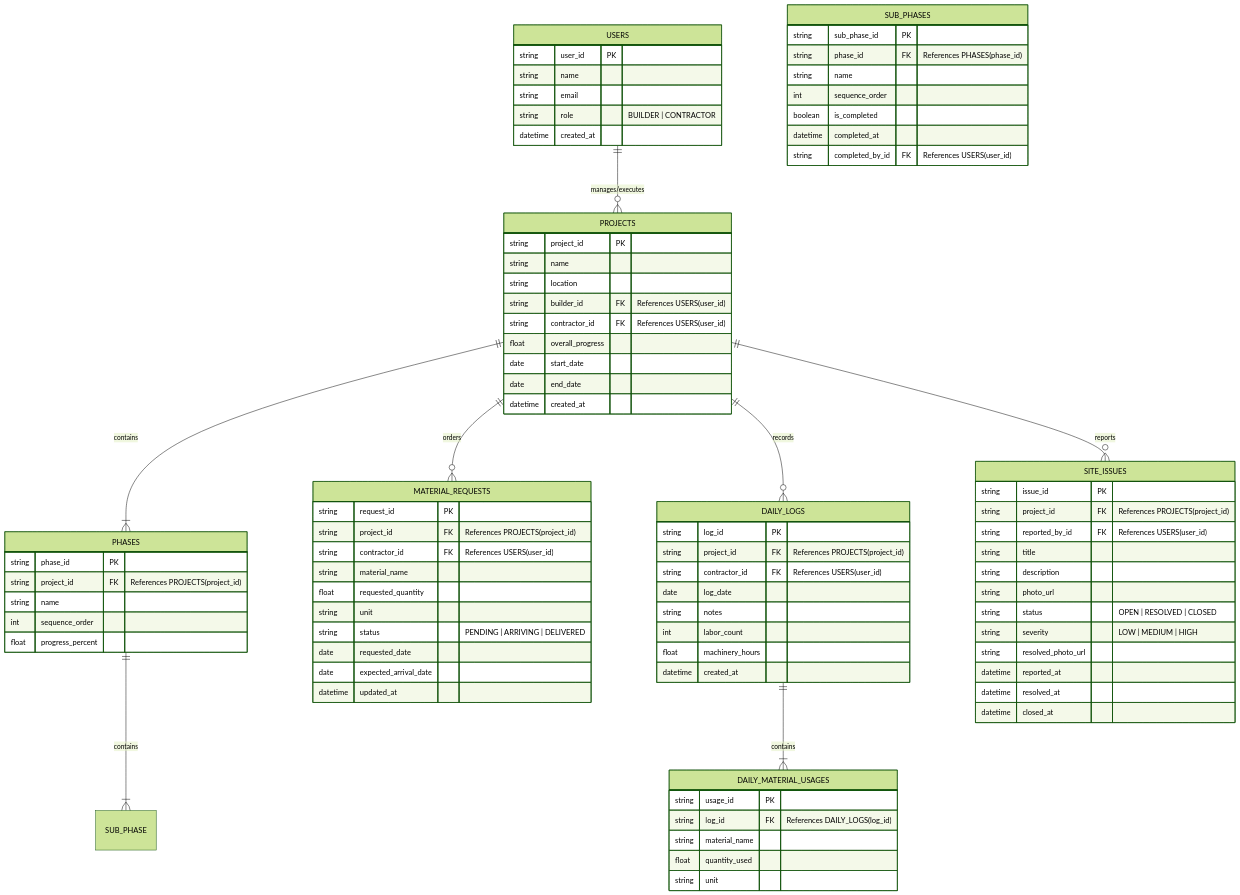
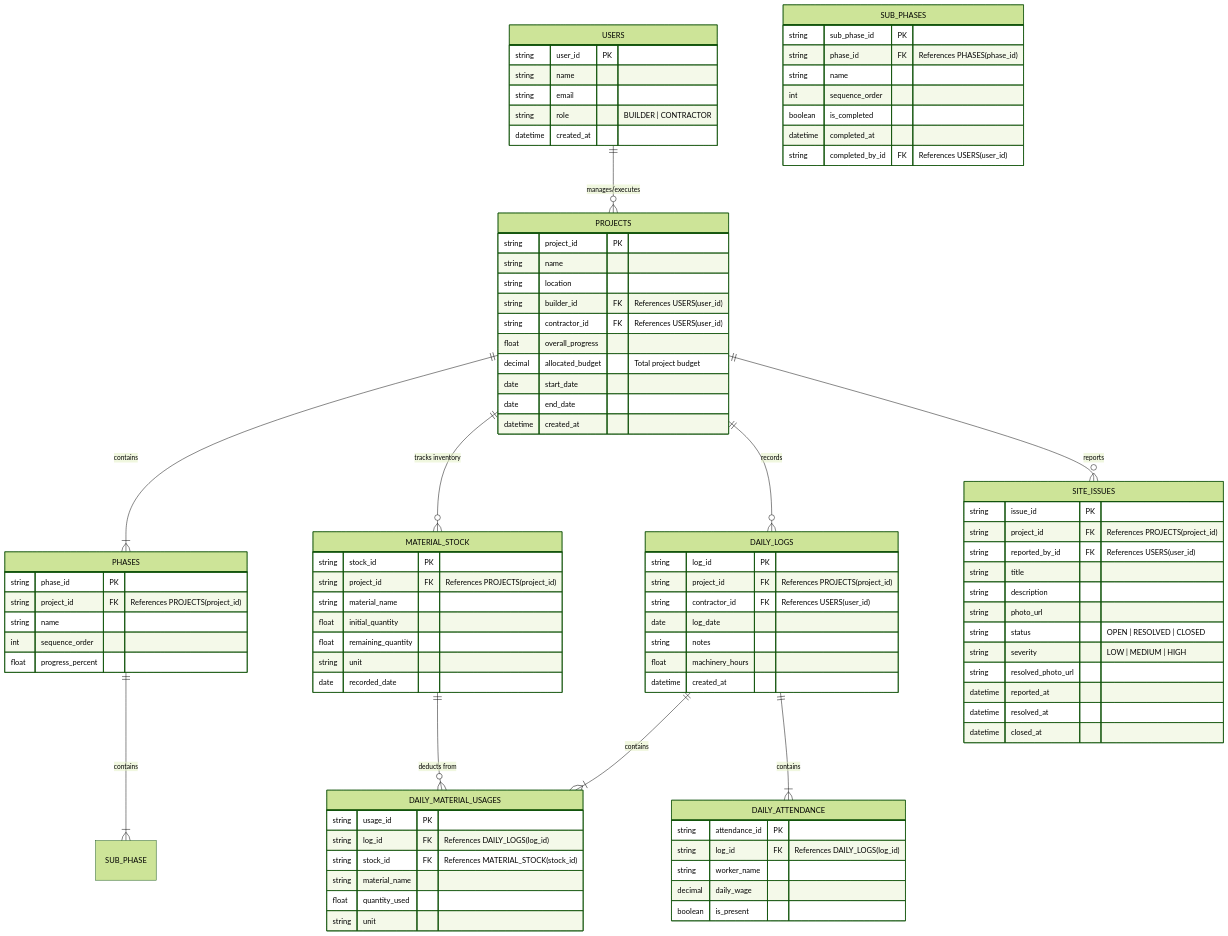
Before and after one commit to DivyaJaviya01/BuildEx_app: the first of 2 diagrams in system_design/04_class_diagram_database.md, drawn with Mermaid (forest theme). The commit also changed other lines of this file and 16 other files, not shown here.

Commit message:
docs: synchronize system design and map page redirection flow

````diff
--- a/system_design/04_class_diagram_database.md
+++ b/system_design/04_class_diagram_database.md
@@ -25,6 +25,7 @@
         string builder_id FK "References USERS(user_id)"
         string contractor_id FK "References USERS(user_id)"
         float overall_progress
+        decimal allocated_budget "Total project budget"
         date start_date
         date end_date
         datetime created_at
@@ -48,17 +49,14 @@
         string completed_by_id FK "References USERS(user_id)"
     }
 
-    MATERIAL_REQUESTS {
-        string request_id PK
+    MATERIAL_STOCK {
+        string stock_id PK
         string project_id FK "References PROJECTS(project_id)"
-        string contractor_id FK "References USERS(user_id)"
         string material_name
-        float requested_quantity
+        float initial_quantity
+        float remaining_quantity
         string unit
-        string status "PENDING | ARRIVING | DELIVERED"
-        date requested_date
-        date expected_arrival_date
-        datetime updated_at
+        date recorded_date
     }
 
     DAILY_LOGS {
@@ -67,7 +65,6 @@
         string contractor_id FK "References USERS(user_id)"
         date log_date
         string notes
-        int labor_count
         float machinery_hours
         datetime created_at
     }
@@ -75,9 +72,18 @@
     DAILY_MATERIAL_USAGES {
         string usage_id PK
         string log_id FK "References DAILY_LOGS(log_id)"
+        string stock_id FK "References MATERIAL_STOCK(stock_id)"
         string material_name
         float quantity_used
         string unit
+    }
+
+    DAILY_ATTENDANCE {
+        string attendance_id PK
+        string log_id FK "References DAILY_LOGS(log_id)"
+        string worker_name
+        decimal daily_wage
+        boolean is_present
     }
 
     SITE_ISSUES {
@@ -99,8 +105,10 @@
     USERS ||--o{ PROJECTS : "manages/executes"
     PROJECTS ||--|{ PHASES : contains
     PHASES ||--|{ SUB_PHASE : contains
-    PROJECTS ||--o{ MATERIAL_REQUESTS : orders
+    PROJECTS ||--o{ MATERIAL_STOCK : "tracks inventory"
     PROJECTS ||--o{ DAILY_LOGS : records
     DAILY_LOGS ||--|{ DAILY_MATERIAL_USAGES : contains
+    DAILY_LOGS ||--|{ DAILY_ATTENDANCE : contains
+    MATERIAL_STOCK ||--o{ DAILY_MATERIAL_USAGES : "deducts from"
     PROJECTS ||--o{ SITE_ISSUES : reports
 ```
````
